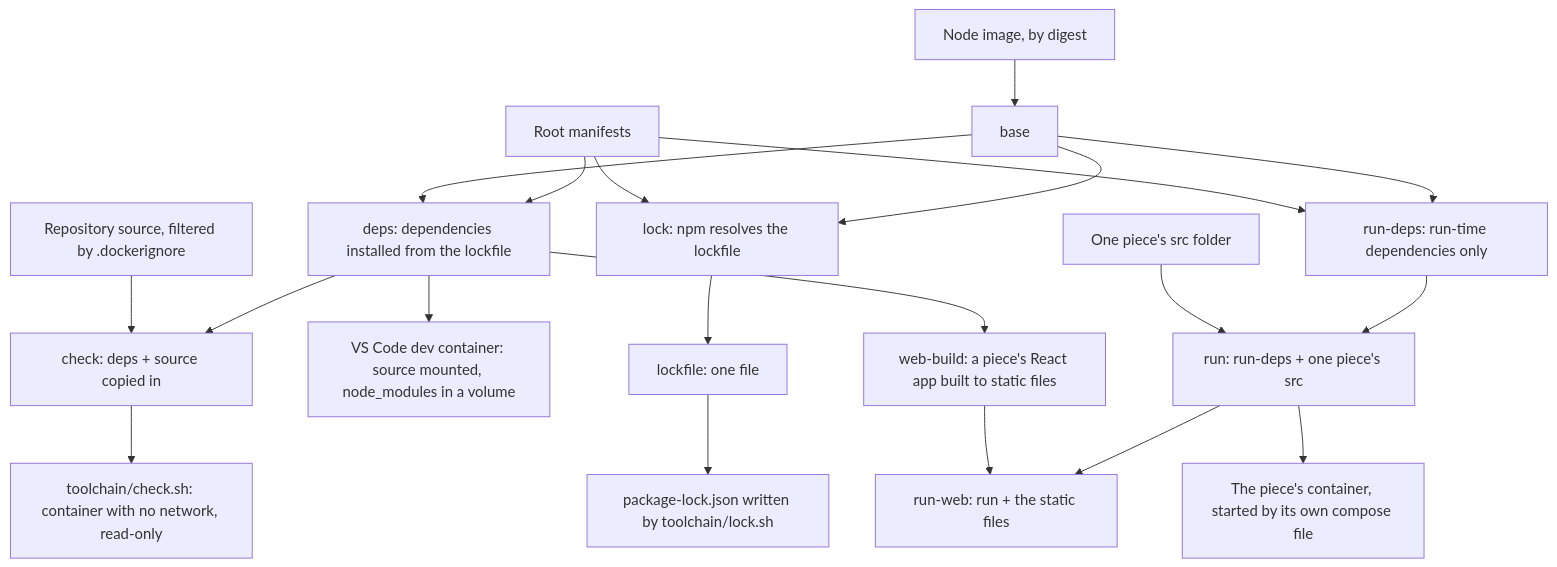
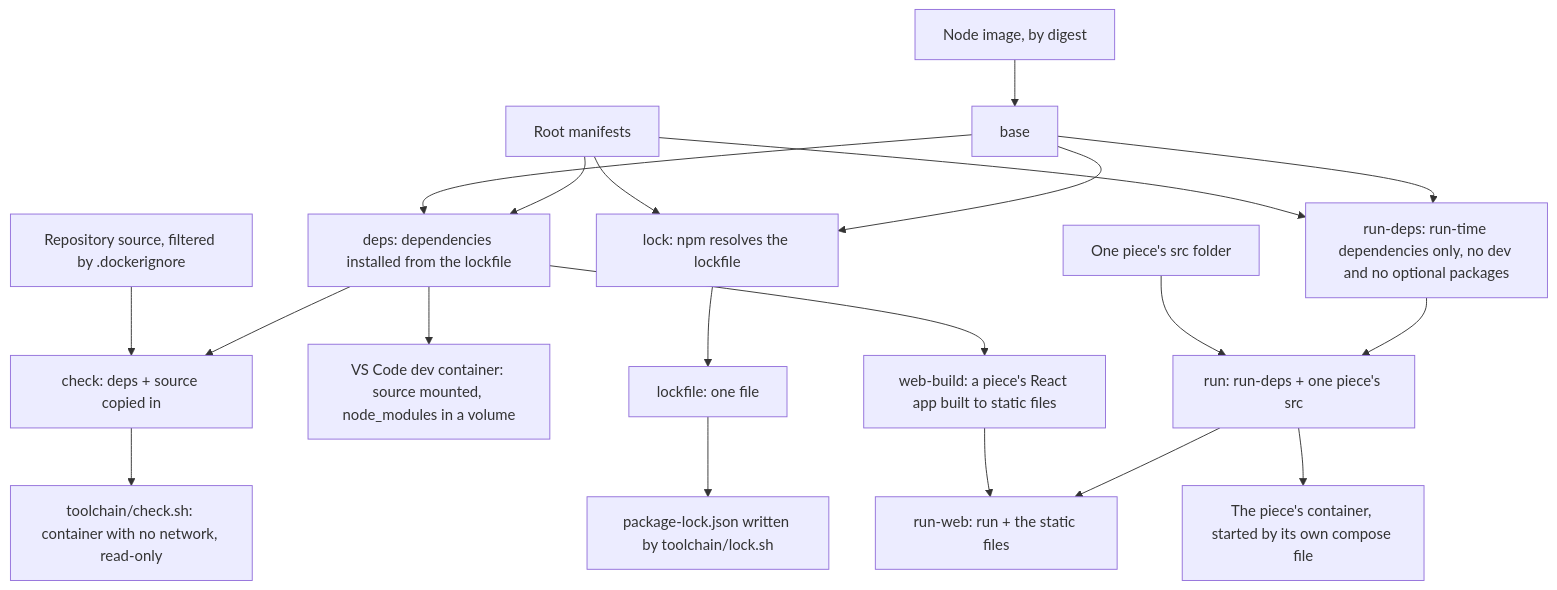
Before and after one commit to AndrewPHunter/ai-on-aws: the diagram in docs/architecture/toolchain.md, drawn with Mermaid. The commit also changed other lines of this file and 24 other files, not shown here.

````diff
--- a/docs/architecture/toolchain.md
+++ b/docs/architecture/toolchain.md
@@ -16,21 +16,21 @@
 ```mermaid
 flowchart TD
   pin[Node image, by digest] --> base
   manifests[Root manifests] --> deps
   base --> deps[deps: dependencies installed from the lockfile]
   deps --> check[check: deps + source copied in]
   source[Repository source, filtered by .dockerignore] --> check
   check --> run[toolchain/check.sh: container with no network, read-only]
   deps --> dev[VS Code dev container: source mounted, node_modules in a volume]
   base --> lock[lock: npm resolves the lockfile]
   manifests --> lock
   lock --> lockfile[lockfile: one file] --> out[package-lock.json written by toolchain/lock.sh]
-  base --> rundeps[run-deps: run-time dependencies only]
+  base --> rundeps[run-deps: run-time dependencies only, no dev and no optional packages]
   manifests --> rundeps
   rundeps --> runstage[run: run-deps + one piece's src]
   piece[One piece's src folder] --> runstage
   runstage --> container[The piece's container, started by its own compose file]
   deps --> webbuild[web-build: a piece's React app built to static files]
   runstage --> runweb[run-web: run + the static files]
   webbuild --> runweb
 ```
````
